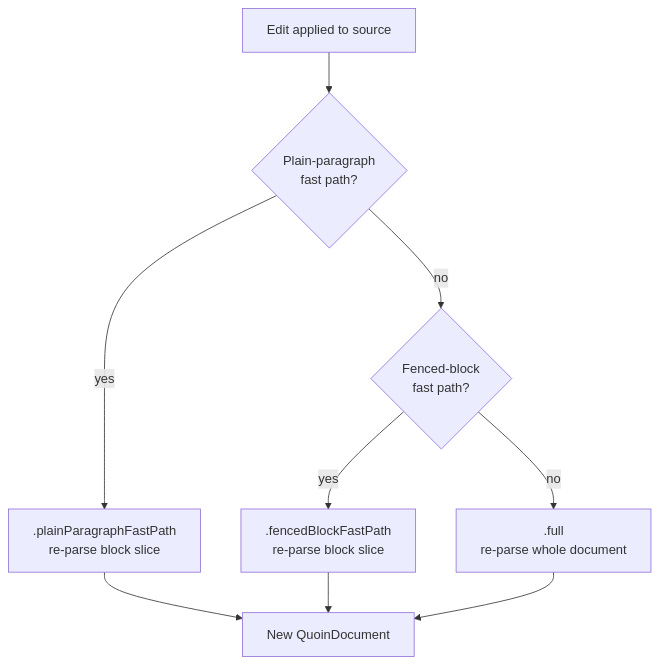
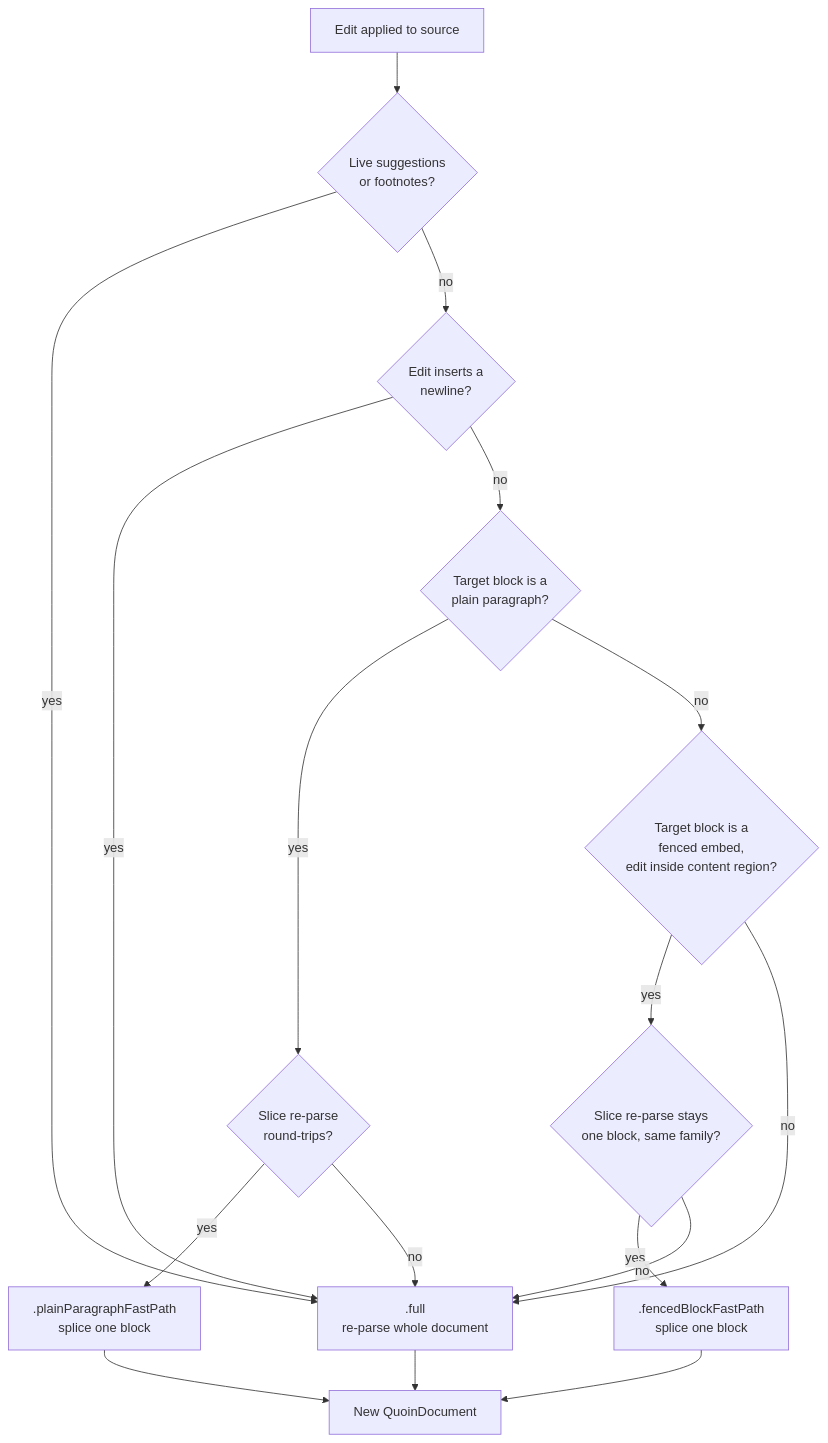
One commit to clintecker/quoin changed the second of 5 diagrams in docs/reference/performance.md. Above: the diagram before and after it, drawn with Mermaid. The commit also changed other lines of this file and 13 other files, not shown here.

First line of the commit message:
Docs: integrate screenshots, add Mermaid diagrams, maximize cross-links

````diff
--- a/docs/reference/performance.md
+++ b/docs/reference/performance.md
@@ -68,11 +70,19 @@
 ```mermaid
 flowchart TD
-  E[Edit applied to source] --> A{Plain-paragraph<br/>fast path?}
-  A -->|yes| AP[.plainParagraphFastPath<br/>re-parse block slice]
-  A -->|no| B{Fenced-block<br/>fast path?}
-  B -->|yes| BP[.fencedBlockFastPath<br/>re-parse block slice]
-  B -->|no| F[.full<br/>re-parse whole document]
+  E[Edit applied to source] --> G{Live suggestions<br/>or footnotes?}
+  G -->|yes| F[.full<br/>re-parse whole document]
+  G -->|no| A{Edit inserts a<br/>newline?}
+  A -->|yes| F
+  A -->|no| B{Target block is a<br/>plain paragraph?}
+  B -->|yes| C{Slice re-parse<br/>round-trips?}
+  C -->|yes| AP[.plainParagraphFastPath<br/>splice one block]
+  C -->|no| F
+  B -->|no| D{Target block is a<br/>fenced embed,<br/>edit inside content region?}
+  D -->|yes| E2{Slice re-parse stays<br/>one block, same family?}
+  E2 -->|yes| BP[.fencedBlockFastPath<br/>splice one block]
+  E2 -->|no| F
+  D -->|no| F
   AP --> OUT[New QuoinDocument]
   BP --> OUT
   F --> OUT
 ```
````
